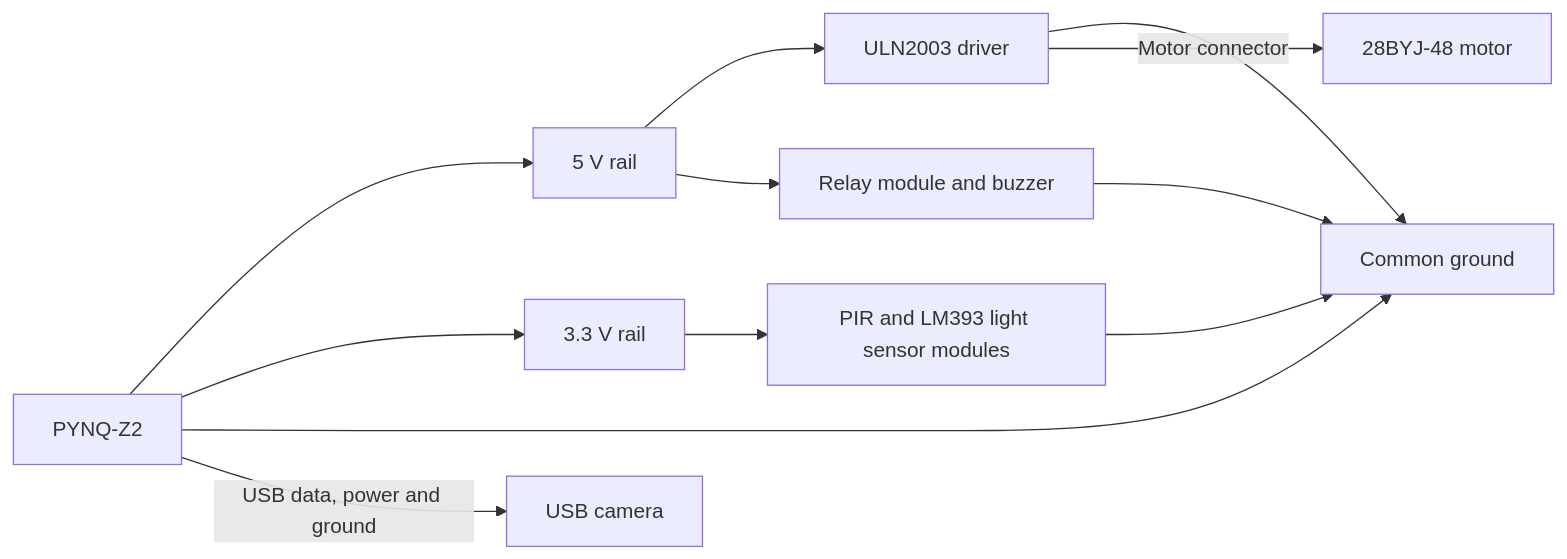
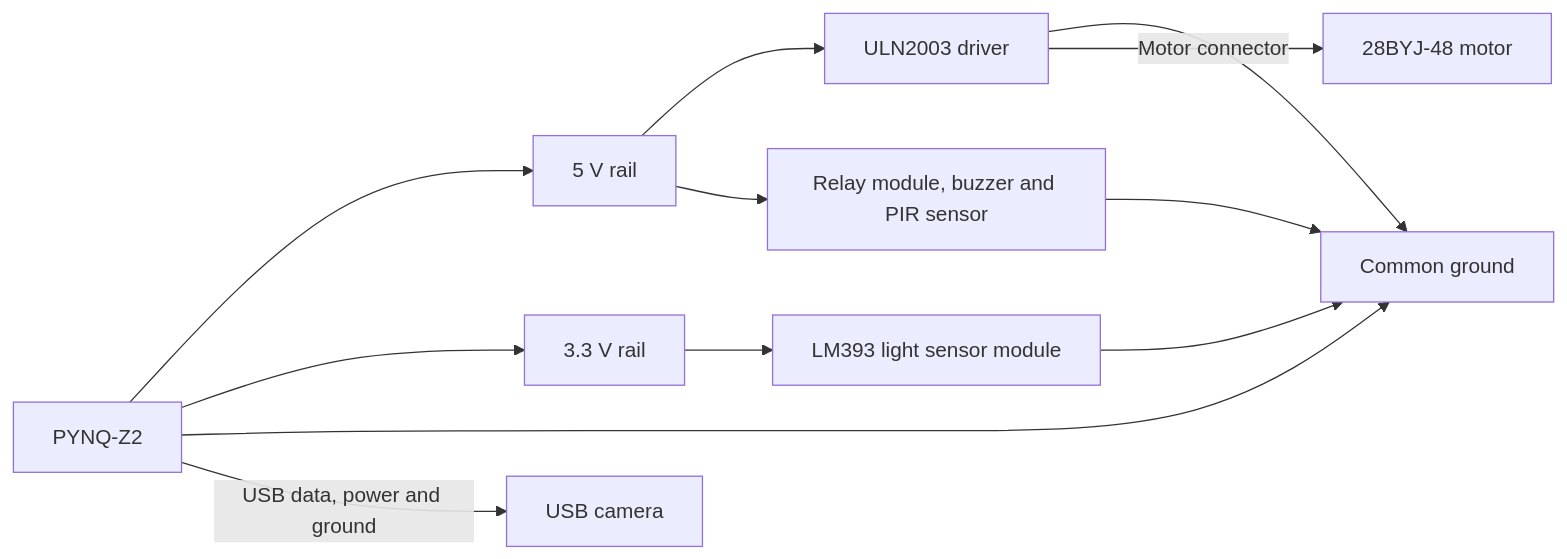
Before and after one commit to Subalo/pynq-z2-fpga-smart-lock: the second of 2 diagrams in docs/hardware.md, drawn with Mermaid. The commit also changed other lines of this file and 2 other files, not shown here.

````diff
--- a/docs/hardware.md
+++ b/docs/hardware.md
@@ -28,22 +29,22 @@
 ```mermaid
 flowchart LR
     board["PYNQ-Z2"]
     five["5 V rail"]
     three["3.3 V rail"]
     ground["Common ground"]
     driver["ULN2003 driver"]
-    loads["Relay module and buzzer"]
-    sensors["PIR and LM393 light sensor modules"]
+    loads["Relay module, buzzer and PIR sensor"]
+    sensors["LM393 light sensor module"]
     motor["28BYJ-48 motor"]
     camera["USB camera"]
     board --> five
     five --> driver
     five --> loads
     board --> three --> sensors
     board --> ground
     driver --> ground
     loads --> ground
     sensors --> ground
     driver -->|"Motor connector"| motor
     board -->|"USB data, power and ground"| camera
 ```
````
